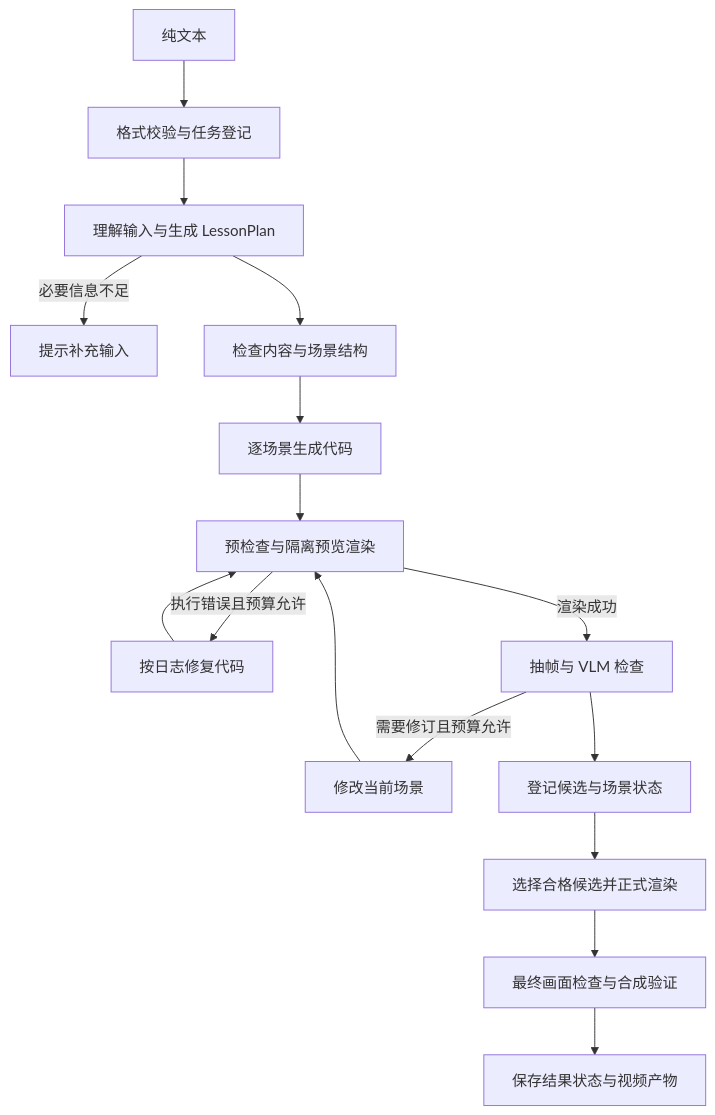
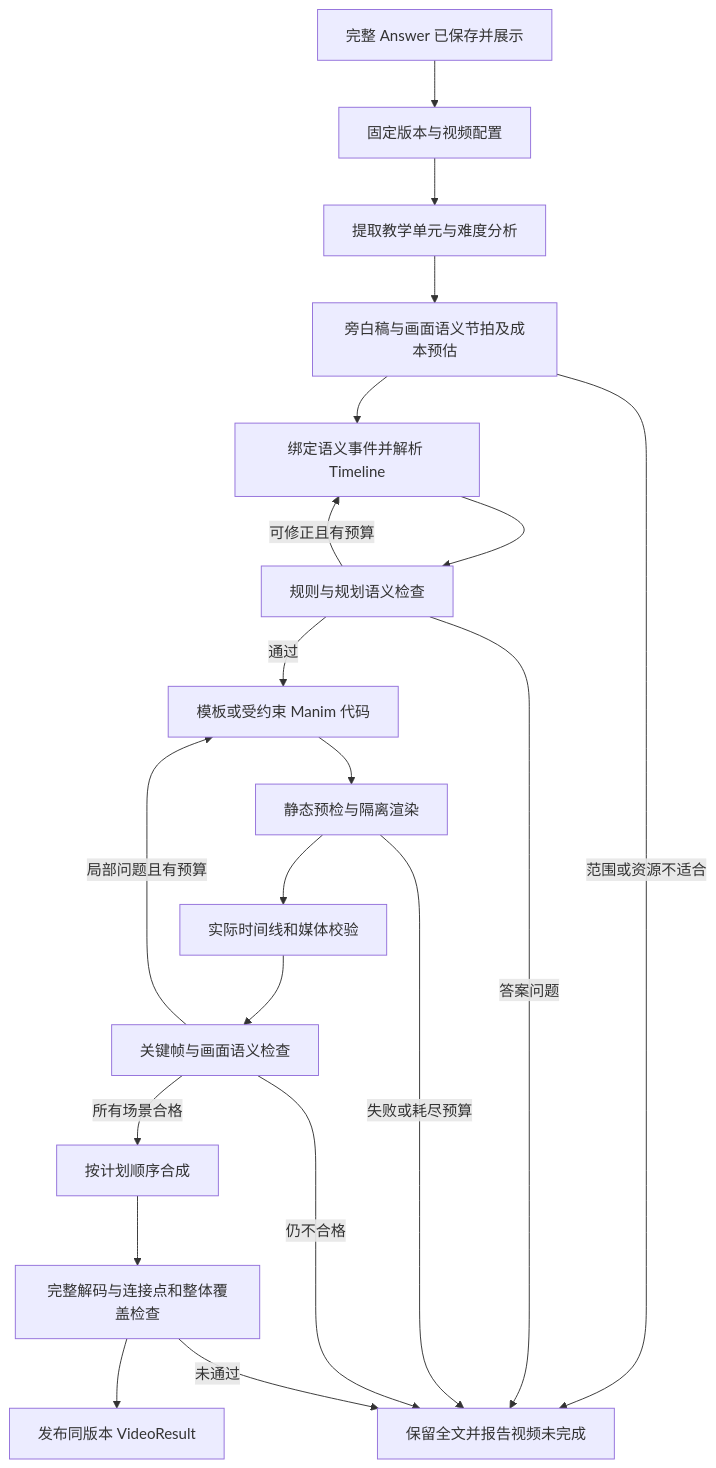
Before and after one commit to Zongyuan-Cai/manimagent: the diagram in docs/04-动画生成.md, drawn with Mermaid. The commit also changed other lines of this file and 381 other files, not shown here.

````diff
--- a/docs/04-动画生成.md
+++ b/docs/04-动画生成.md
@@ -24,18 +35,22 @@
 ```mermaid
 flowchart TD
-    A[纯文本] --> B[格式校验与任务登记]
-    B --> C[理解输入与生成 LessonPlan]
-    C -->|必要信息不足| N[提示补充输入]
-    C --> D[检查内容与场景结构]
-    D --> E[逐场景生成代码]
-    E --> F[预检查与隔离预览渲染]
-    F -->|执行错误且预算允许| G[按日志修复代码]
-    G --> F
-    F -->|渲染成功| H[抽帧与 VLM 检查]
-    H -->|需要修订且预算允许| I[修改当前场景]
-    I --> F
-    H --> J[登记候选与场景状态]
-    J --> K[选择合格候选并正式渲染]
-    K --> L[最终画面检查与合成验证]
-    L --> M[保存结果状态与视频产物]
+    A[完整 Answer 已保存并展示] --> B[固定版本与视频配置]
+    B --> C[提取教学单元与难度分析]
+    C --> D[旁白稿与画面语义节拍及成本预估]
+    D --> E[绑定语义事件并解析 Timeline]
+    E --> F[规则与规划语义检查]
+    F -->|通过| G[模板或受约束 Manim 代码]
+    F -->|可修正且有预算| E
+    G --> H[静态预检与隔离渲染]
+    H --> I[实际时间线和媒体校验]
+    I --> J[关键帧与画面语义检查]
+    J -->|局部问题且有预算| G
+    J -->|所有场景合格| K[按计划顺序合成]
+    K --> L[完整解码与连接点和整体覆盖检查]
+    L --> M[发布同版本 VideoResult]
+    D -->|范围或资源不适合| N[保留全文并报告视频未完成]
+    F -->|答案问题| N
+    H -->|失败或耗尽预算| N
+    J -->|仍不合格| N
+    L -->|未通过| N
 ```
````
